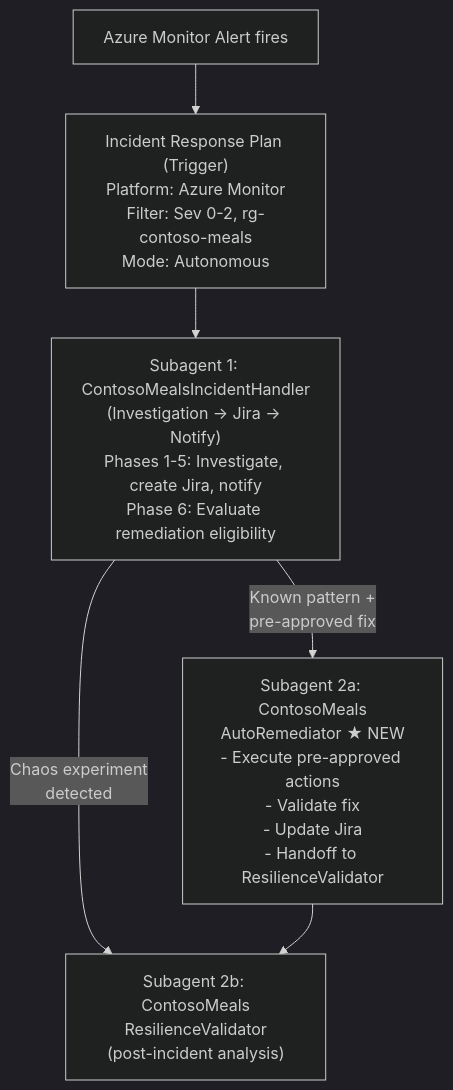
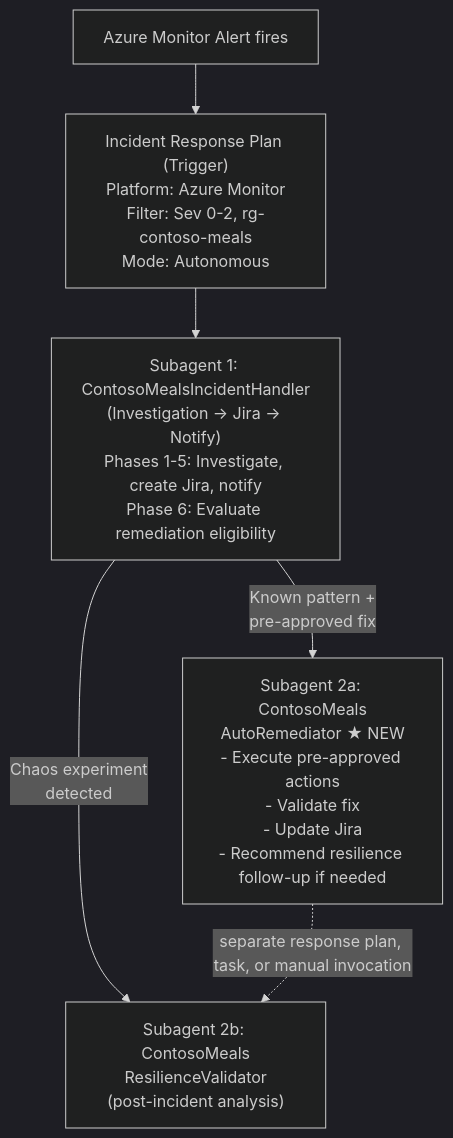
The first of 3 diagrams in docs/auto-remediation-proposal.md (san360/azure-sre), drawn with Mermaid (dark theme) before and after one commit. The commit also changed other lines of this file and 12 other files, not shown here.

First line of the commit message:
Refactor auto-remediation proposal and incident response architecture

````diff
--- a/docs/auto-remediation-proposal.md
+++ b/docs/auto-remediation-proposal.md
@@ -38,14 +38,14 @@
 ```mermaid
 graph TD
     ALERT["Azure Monitor Alert fires"] --> TRIGGER
 
     TRIGGER["Incident Response Plan (Trigger)<br/>Platform: Azure Monitor<br/>Filter: Sev 0-2, rg-contoso-meals<br/>Mode: Autonomous"]
     
     TRIGGER --> S1["Subagent 1: ContosoMealsIncidentHandler<br/>(Investigation → Jira → Notify)<br/>Phases 1-5: Investigate, create Jira, notify<br/>Phase 6: Evaluate remediation eligibility"]
     
-    S1 -->|"Known pattern +<br/>pre-approved fix"| S2A["Subagent 2a: ContosoMeals<br/>AutoRemediator ★ NEW<br/>- Execute pre-approved actions<br/>- Validate fix<br/>- Update Jira<br/>- Handoff to ResilienceValidator"]
+    S1 -->|"Known pattern +<br/>pre-approved fix"| S2A["Subagent 2a: ContosoMeals<br/>AutoRemediator ★ NEW<br/>- Execute pre-approved actions<br/>- Validate fix<br/>- Update Jira<br/>- Recommend resilience follow-up if needed"]
     
     S1 -->|"Chaos experiment<br/>detected"| S2B["Subagent 2b: ContosoMeals<br/>ResilienceValidator<br/>(post-incident analysis)"]
     
-    S2A --> S2B
+    S2A -. separate response plan, task, or manual invocation .-> S2B
 ```
````
